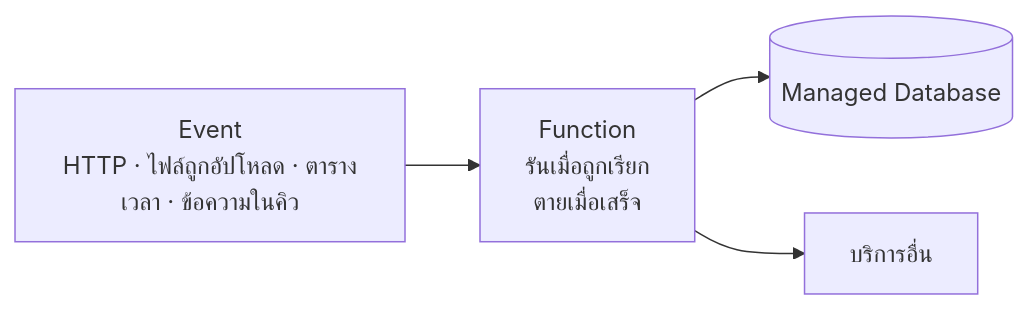
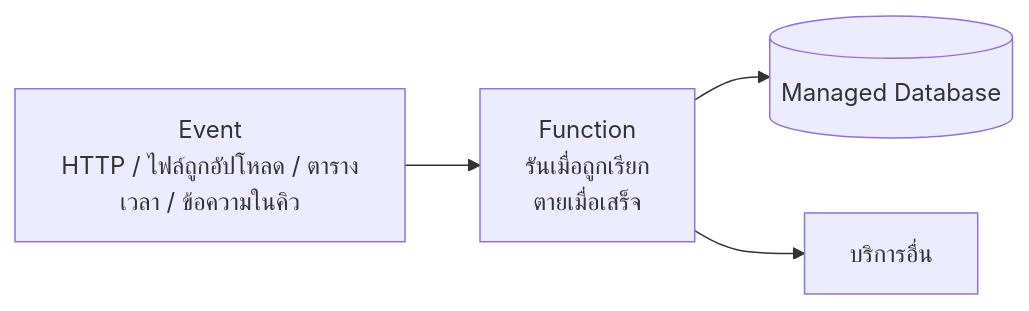
Diagram 19 of 25 in readings/04-system-architecture-design.md (CE-SDPX/SDPX-AI), drawn with Mermaid before and after one commit. The commit also changed other lines of this file and 6 other files, not shown here.

````diff
--- a/readings/04-system-architecture-design.md
+++ b/readings/04-system-architecture-design.md
@@ -566,6 +565,6 @@
 ```mermaid
 flowchart LR
-    EV["Event<br/>HTTP · ไฟล์ถูกอัปโหลด · ตารางเวลา · ข้อความในคิว"] --> FN["Function<br/>รันเมื่อถูกเรียก<br/>ตายเมื่อเสร็จ"]
+    EV["Event<br/>HTTP / ไฟล์ถูกอัปโหลด / ตารางเวลา / ข้อความในคิว"] --> FN["Function<br/>รันเมื่อถูกเรียก<br/>ตายเมื่อเสร็จ"]
     FN --> MDB[("Managed Database")]
     FN --> OTH["บริการอื่น"]
 ```
````
